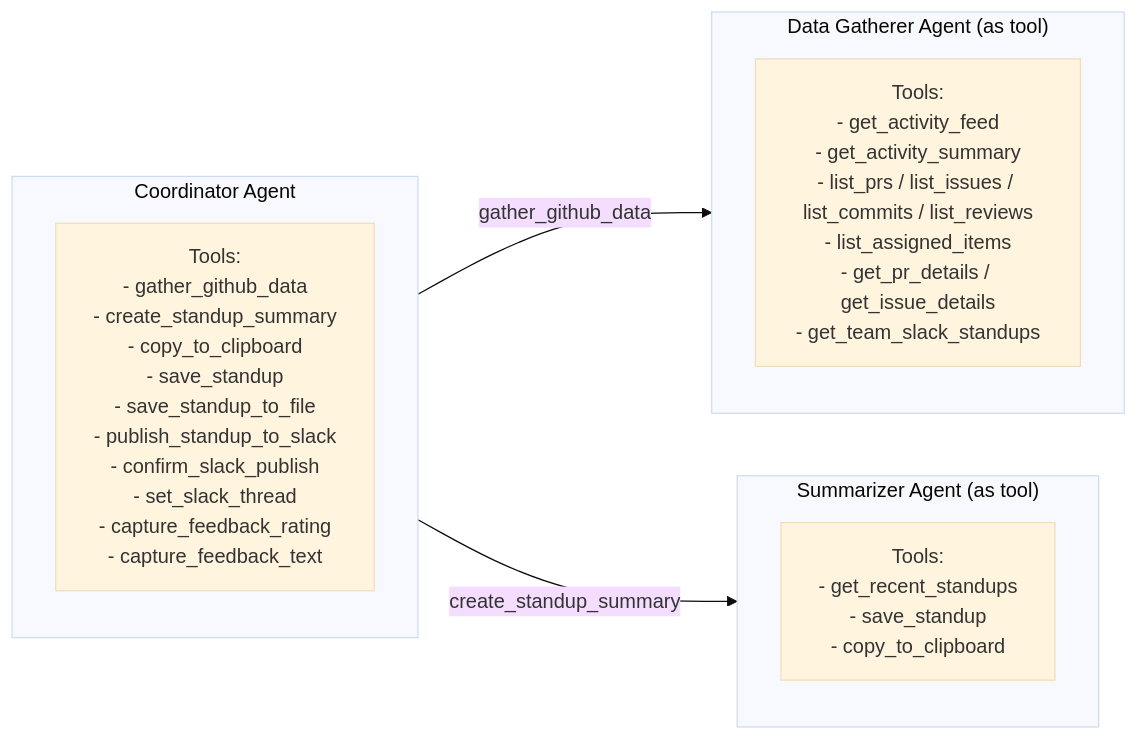
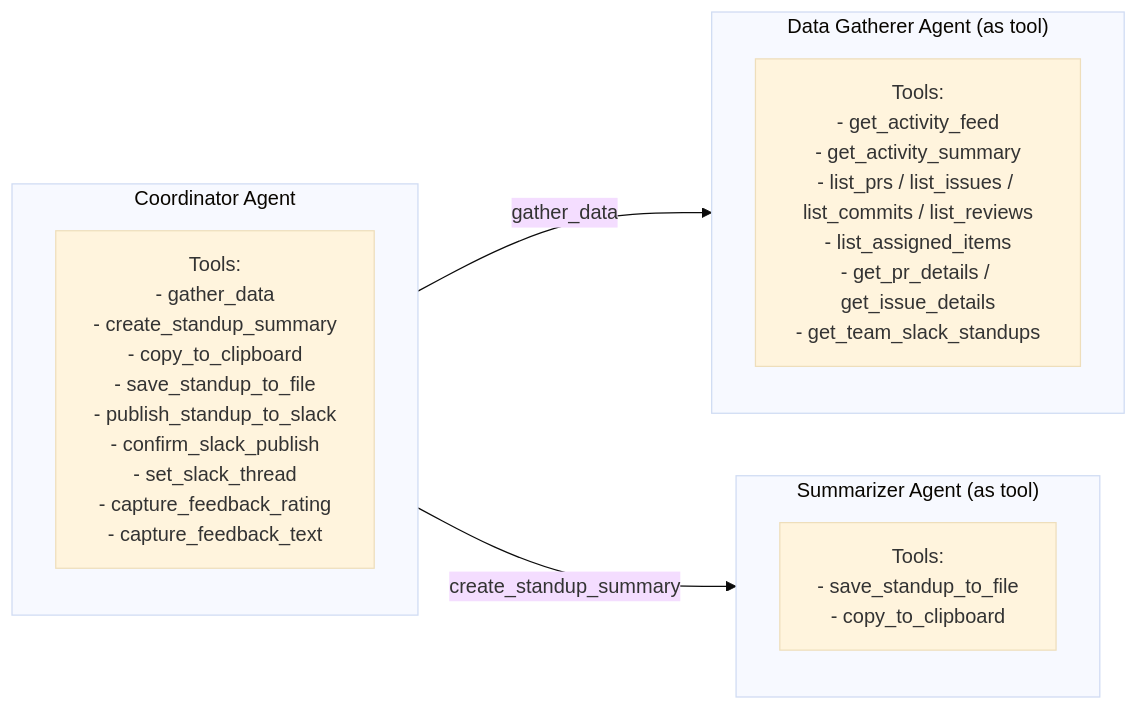
The second of 3 diagrams in ARCHITECTURE.md (andrewm4894/github-standup-agent), drawn with Mermaid (base theme) before and after one commit. The commit also changed other lines of this file and 33 other files, not shown here.

````diff
--- a/ARCHITECTURE.md
+++ b/ARCHITECTURE.md
@@ -80,20 +78,20 @@
 ```mermaid
 flowchart LR
     subgraph Coordinator["Coordinator Agent"]
         direction TB
-        c_tools["Tools:<br/>- gather_github_data<br/>- create_standup_summary<br/>- copy_to_clipboard<br/>- save_standup<br/>- save_standup_to_file<br/>- publish_standup_to_slack<br/>- confirm_slack_publish<br/>- set_slack_thread<br/>- capture_feedback_rating<br/>- capture_feedback_text"]
+        c_tools["Tools:<br/>- gather_data<br/>- create_standup_summary<br/>- copy_to_clipboard<br/>- save_standup_to_file<br/>- publish_standup_to_slack<br/>- confirm_slack_publish<br/>- set_slack_thread<br/>- capture_feedback_rating<br/>- capture_feedback_text"]
     end
 
     subgraph DataGatherer["Data Gatherer Agent (as tool)"]
         direction TB
         dg_tools["Tools:<br/>- get_activity_feed<br/>- get_activity_summary<br/>- list_prs / list_issues / list_commits / list_reviews<br/>- list_assigned_items<br/>- get_pr_details / get_issue_details<br/>- get_team_slack_standups"]
     end
 
     subgraph Summarizer["Summarizer Agent (as tool)"]
         direction TB
-        s_tools["Tools:<br/>- get_recent_standups<br/>- save_standup<br/>- copy_to_clipboard"]
+        s_tools["Tools:<br/>- save_standup_to_file<br/>- copy_to_clipboard"]
     end
 
-    Coordinator -->|"gather_github_data"| DataGatherer
+    Coordinator -->|"gather_data"| DataGatherer
     Coordinator -->|"create_standup_summary"| Summarizer
 ```
````
